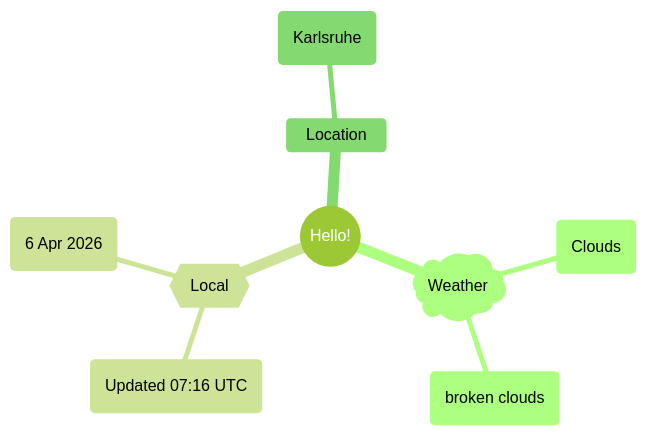
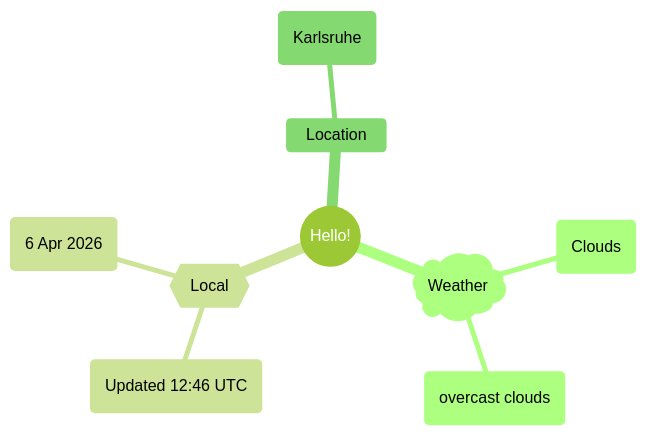
Before and after one commit to Xosrov/Xosrov: the first of 2 diagrams in README.md, drawn with Mermaid (forest theme).

Commit message:
[bot] updated images

````diff
--- a/README.md
+++ b/README.md
@@ -3,12 +3,12 @@
 ```mermaid
 mindmap
   root((Hello!))
     )Weather(
         (Clouds)
-        (broken clouds)
+        (overcast clouds)
     {{Local}}
-        (Updated 07:16 UTC)
+        (Updated 12:46 UTC)
         (6 Apr 2026)
     Location
         (Karlsruhe)
 ```
````
